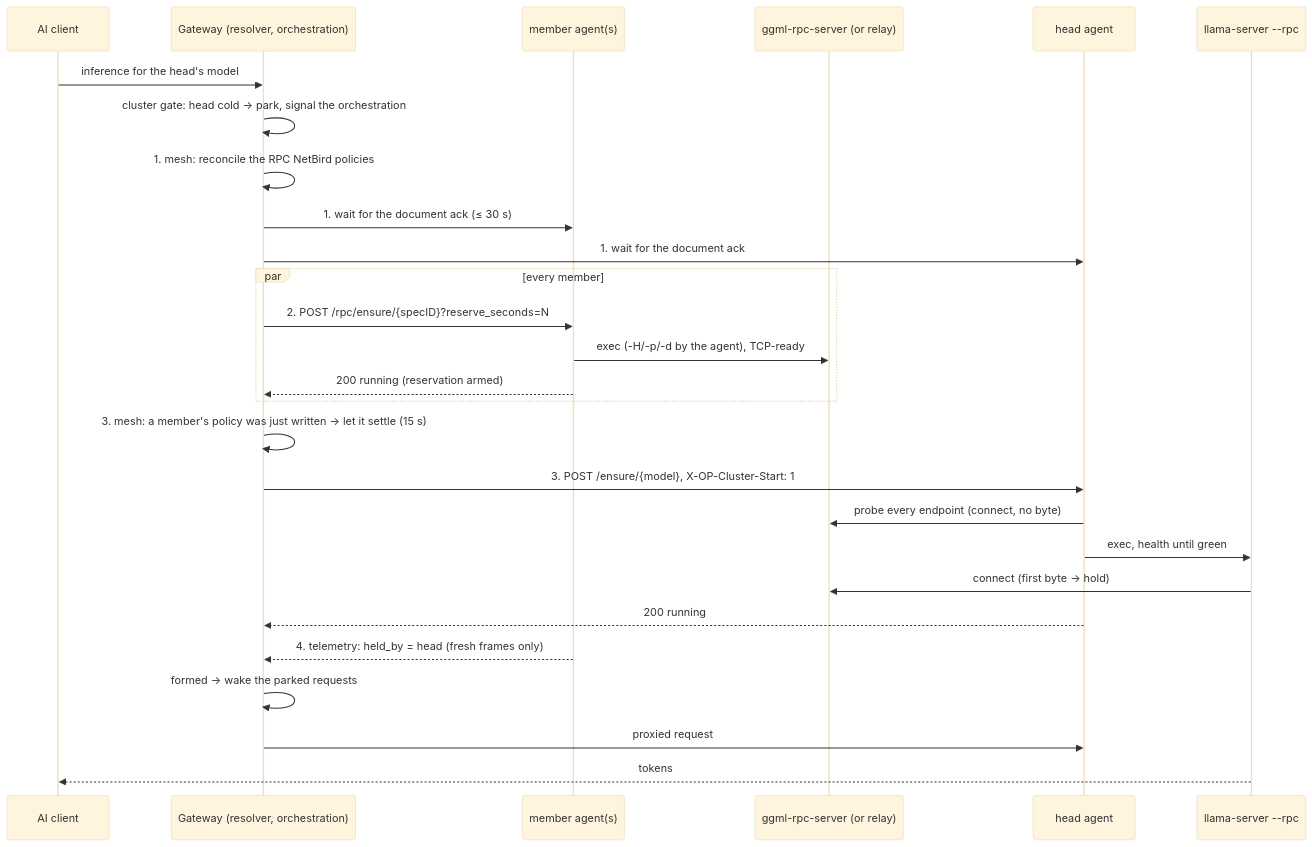
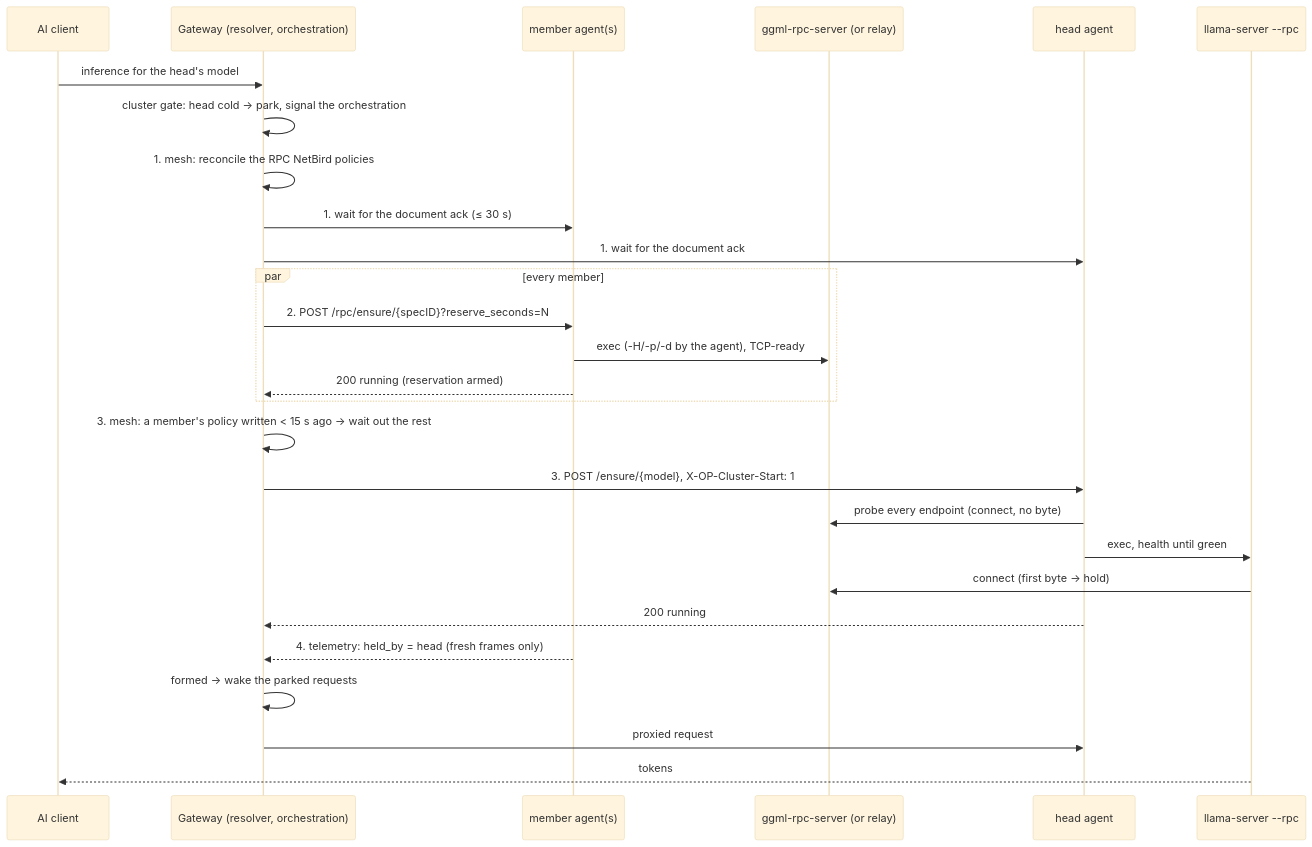
Before and after one commit to JLor08/op-ai-gateway: diagram 15 of 15 in docs/architecture/06-runtime-view.md, drawn with Mermaid (base theme). The commit also changed other lines of this file and 15 other files, not shown here.

````diff
--- a/docs/architecture/06-runtime-view.md
+++ b/docs/architecture/06-runtime-view.md
@@ -917,30 +917,30 @@
 ```mermaid
 sequenceDiagram
     participant C as AI client
     participant GW as Gateway (resolver, orchestration)
     participant MA as member agent(s)
     participant M as ggml-rpc-server (or relay)
     participant HA as head agent
     participant H as llama-server --rpc
 
     C->>GW: inference for the head's model
     GW->>GW: cluster gate: head cold → park, signal the orchestration
     GW->>GW: 1. mesh: reconcile the RPC NetBird policies
     GW->>MA: 1. wait for the document ack (≤ 30 s)
     GW->>HA: 1. wait for the document ack
     par every member
         GW->>MA: 2. POST /rpc/ensure/{specID}?reserve_seconds=N
         MA->>M: exec (-H/-p/-d by the agent), TCP-ready
         MA-->>GW: 200 running (reservation armed)
     end
-    GW->>GW: 3. mesh: a member's policy was just written → let it settle (15 s)
+    GW->>GW: 3. mesh: a member's policy written < 15 s ago → wait out the rest
     GW->>HA: 3. POST /ensure/{model}, X-OP-Cluster-Start: 1
     HA->>M: probe every endpoint (connect, no byte)
     HA->>H: exec, health until green
     H->>M: connect (first byte → hold)
     HA-->>GW: 200 running
     MA-->>GW: 4. telemetry: held_by = head (fresh frames only)
     GW->>GW: formed → wake the parked requests
     GW->>HA: proxied request
     H-->>C: tokens
 ```
````
